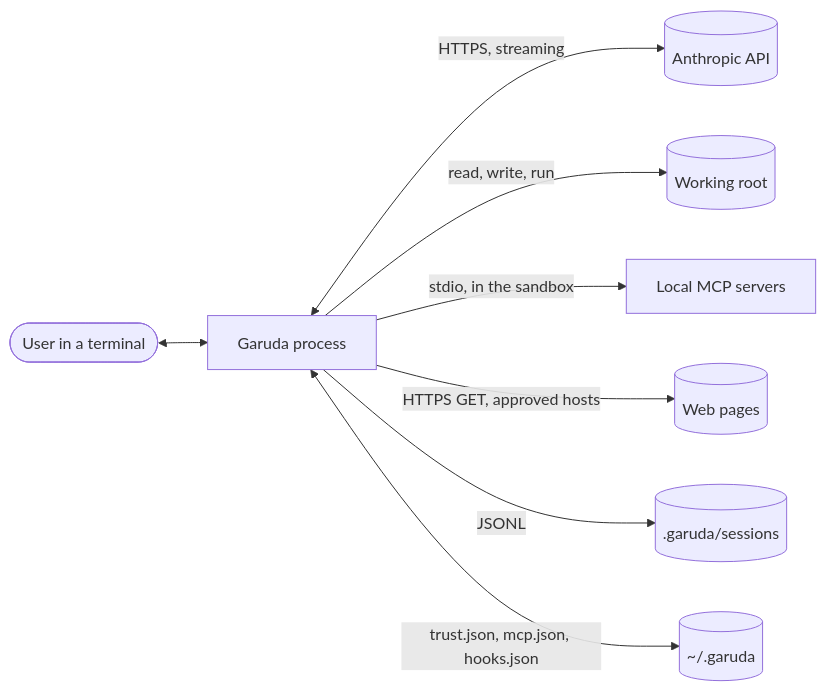
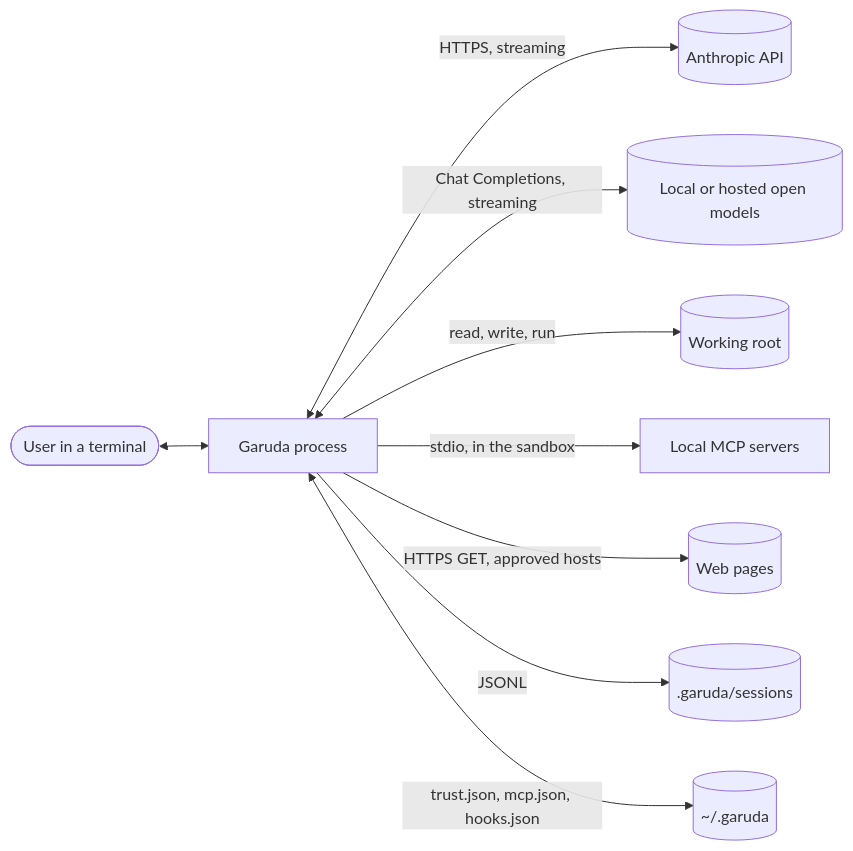
One commit to madhu-sv/garuda changed the first of 3 diagrams in docs/architecture.md. Above: the diagram before and after it, drawn with Mermaid. The commit also changed other lines of this file and 20 other files, not shown here.

````diff
--- a/docs/architecture.md
+++ b/docs/architecture.md
@@ -12,10 +12,11 @@
 ```mermaid
 flowchart LR
   user([User in a terminal]) <--> garuda[Garuda process]
   garuda <-->|HTTPS, streaming| api[(Anthropic API)]
+  garuda <-->|Chat Completions, streaming| oss[(Local or hosted open models)]
   garuda -->|read, write, run| repo[(Working root)]
   garuda -->|stdio, in the sandbox| mcp[Local MCP servers]
   garuda -->|HTTPS GET, approved hosts| web[(Web pages)]
   garuda -->|JSONL| sessions[(.garuda/sessions)]
   garuda <-->|trust.json, mcp.json, hooks.json| home[(~/.garuda)]
 ```
````
